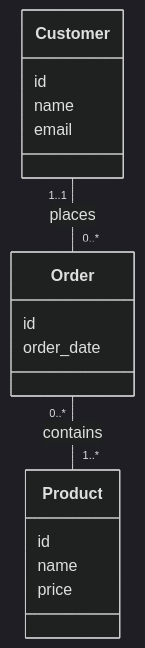
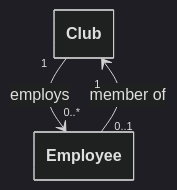
Before and after one commit to Kaltsoon/data-management-and-databases: the diagram in slidev/02-relational-model.md, drawn with Mermaid (dark theme). The commit also changed 2 other files, not shown here.

Commit message:
fix attribute names

````diff
--- a/slidev/02-relational-model.md
+++ b/slidev/02-relational-model.md
@@ -34,29 +34,17 @@
 ```mermaid
 ---
   config:
     class:
       hideEmptyMembersBox: true
 ---
 
 classDiagram
-    direction TB
-    class Customer {
-        id
-        name
-        email
+    class Club {
     }
 
-    class Order {
-        id
-        order_date
+    class Employee {
     }
 
-    class Product {
-        id
-        name
-        price
-    }
-
-    Customer "1..1" -- "0..*" Order : places
-    Order "0..*" -- "1..*" Product : contains
+    Club "1" --> "0..*" Employee : employs
+    Employee "0..1" --> "1" Club : member of
 ```
````
